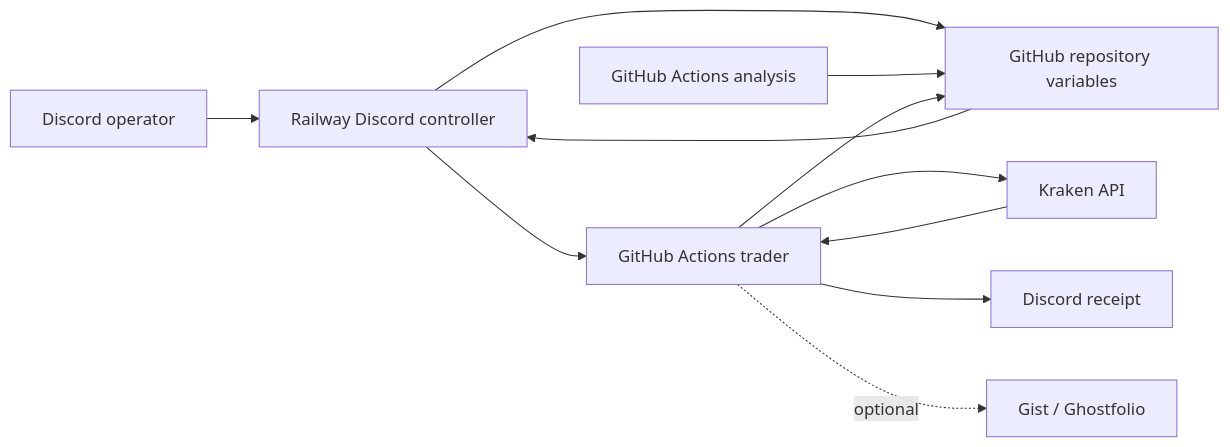
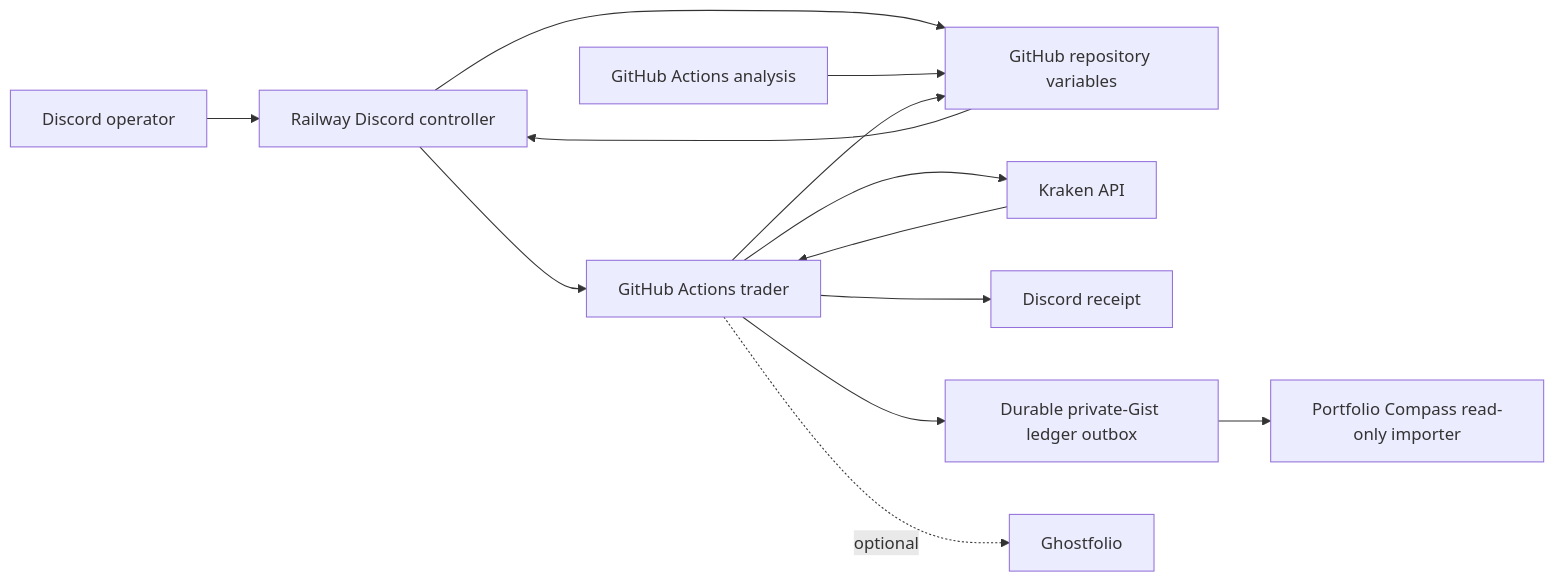
Before and after one commit to aesscialo-bot/DCA-Bot: the second of 2 diagrams in README.md, drawn with Mermaid. The commit also changed other lines of this file and 9 other files, not shown here.

Commit message:
Deliver DCA purchases to Portfolio Compass

````diff
--- a/README.md
+++ b/README.md
@@ -114,13 +118,15 @@
 ```mermaid
 flowchart LR
     U["Discord operator"] --> R["Railway Discord controller"]
     R --> V["GitHub repository variables"]
     A["GitHub Actions analysis"] --> V
     V --> R
     R --> T["GitHub Actions trader"]
     T --> K["Kraken API"]
     K --> T
     T --> V
     T --> D["Discord receipt"]
-    T -. "optional" .-> L["Gist / Ghostfolio"]
+    T --> L["Durable private-Gist ledger outbox"]
+    L --> P["Portfolio Compass read-only importer"]
+    T -. "optional" .-> G["Ghostfolio"]
 ```
````
